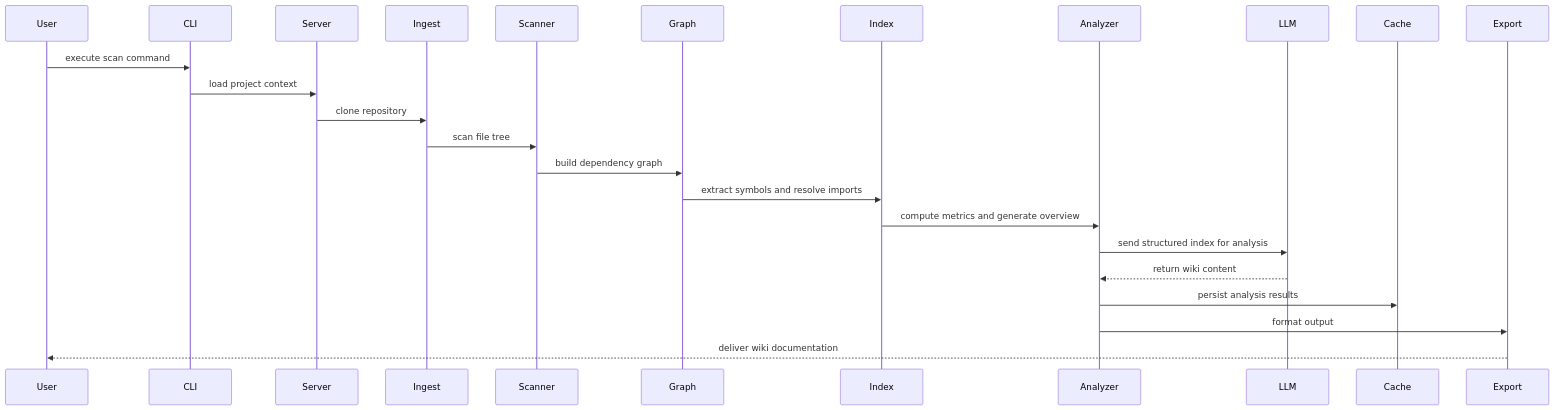
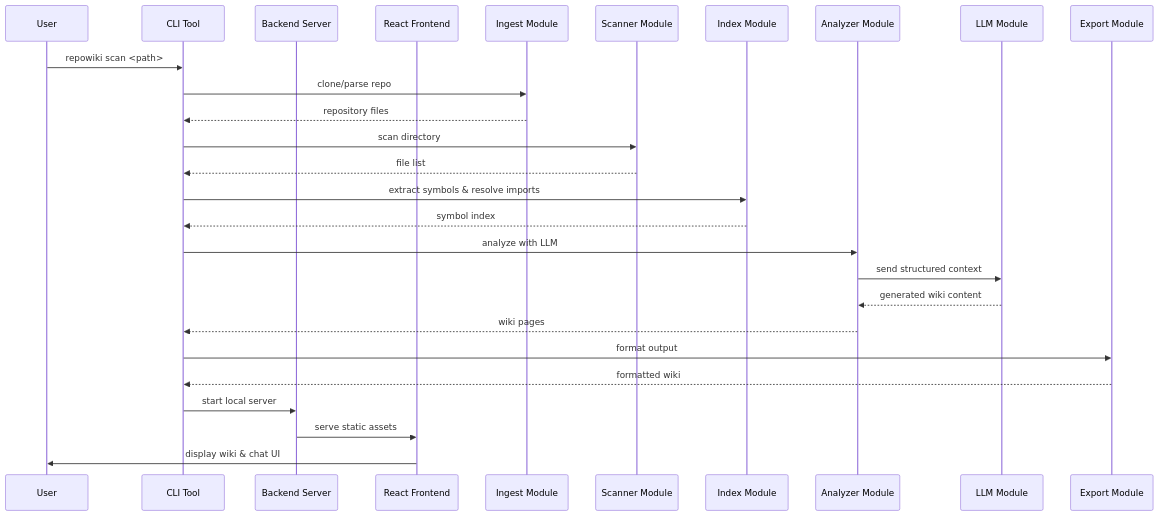
One commit to UnitBuilds-CC/RepoWiki changed the second of 2 diagrams in wiki/architecture.md. Above: the diagram before and after it, drawn with Mermaid. The commit also changed other lines of this file and 20 other files, not shown here.

Commit message:
Regenerate wiki with fresh LLM analysis (flat structure)

````diff
--- a/wiki/architecture.md
+++ b/wiki/architecture.md
@@ -134,26 +144,29 @@
 ```mermaid
 sequenceDiagram
   participant User
-  participant CLI
-  participant Server
-  participant Ingest
-  participant Scanner
-  participant Graph
-  participant Index
-  participant Analyzer
-  participant LLM
-  participant Cache
-  participant Export
-  User->>CLI: execute scan command
-  CLI->>Server: load project context
-  Server->>Ingest: clone repository
-  Ingest->>Scanner: scan file tree
-  Scanner->>Graph: build dependency graph
-  Graph->>Index: extract symbols and resolve imports
-  Index->>Analyzer: compute metrics and generate overview
-  Analyzer->>LLM: send structured index for analysis
-  LLM-->>Analyzer: return wiki content
-  Analyzer->>Cache: persist analysis results
-  Analyzer->>Export: format output
-  Export-->>User: deliver wiki documentation
+  participant CLI as CLI Tool
+  participant Server as Backend Server
+  participant Frontend as React Frontend
+  participant Ingest as Ingest Module
+  participant Scanner as Scanner Module
+  participant Index as Index Module
+  participant Analyzer as Analyzer Module
+  participant LLM as LLM Module
+  participant Export as Export Module
+  User->>CLI: repowiki scan <path>
+  CLI->>Ingest: clone/parse repo
+  Ingest-->>CLI: repository files
+  CLI->>Scanner: scan directory
+  Scanner-->>CLI: file list
+  CLI->>Index: extract symbols & resolve imports
+  Index-->>CLI: symbol index
+  CLI->>Analyzer: analyze with LLM
+  Analyzer->>LLM: send structured context
+  LLM-->>Analyzer: generated wiki content
+  Analyzer-->>CLI: wiki pages
+  CLI->>Export: format output
+  Export-->>CLI: formatted wiki
+  CLI->>Server: start local server
+  Server->>Frontend: serve static assets
+  Frontend->>User: display wiki & chat UI
 ```
````
